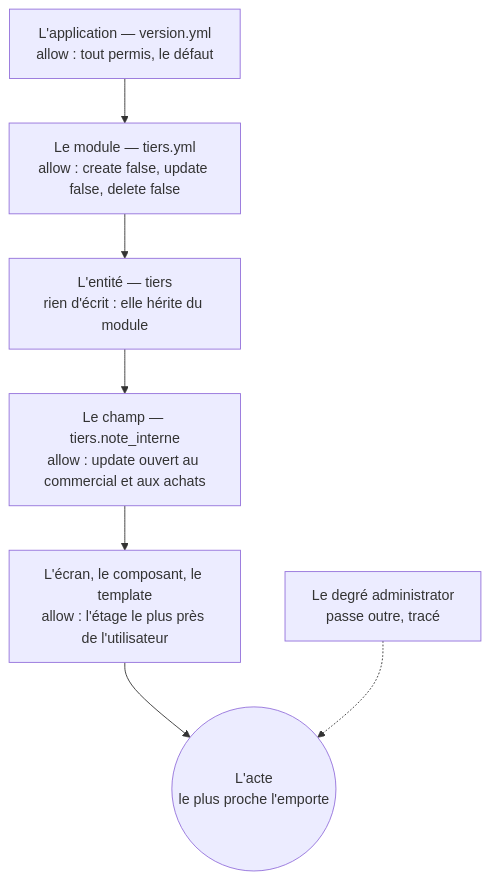
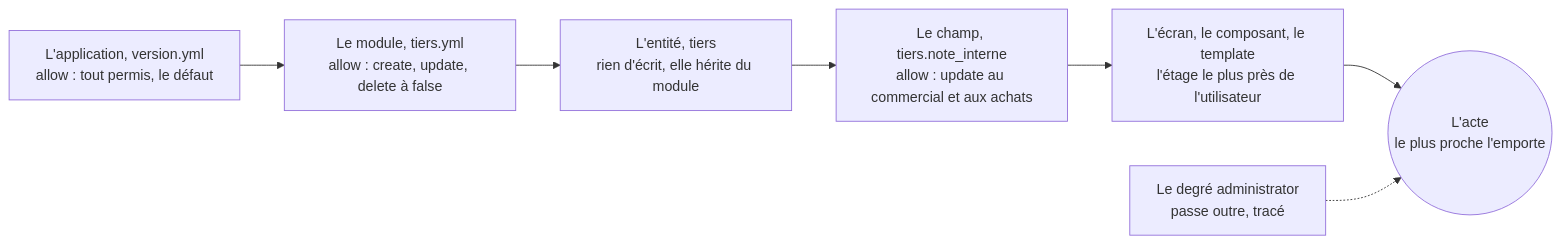
Before and after one commit to AymericLesert/Syncytium: the diagram in docs/syncytium/07-securite/06-droits.md, drawn with Mermaid. The commit also changed 2 other files, not shown here.

Commit message:
D1841 — la cascade d'allow en largeur ; 02-groupes.md porte le schéma de l'entrée par les groupes

````diff
--- a/docs/syncytium/07-securite/06-droits.md
+++ b/docs/syncytium/07-securite/06-droits.md
@@ -131,11 +131,12 @@
 ```mermaid
-flowchart TD
-    A["L'application — version.yml<br/>allow : tout permis, le défaut"]
-    M["Le module — tiers.yml<br/>allow : create false, update false, delete false"]
-    E["L'entité — tiers<br/>rien d'écrit : elle hérite du module"]
-    C["Le champ — tiers.note_interne<br/>allow : update ouvert au commercial et aux achats"]
-    S["L'écran, le composant, le template<br/>allow : l'étage le plus près de l'utilisateur"]
+flowchart LR
+    A["L'application, version.yml<br/>allow : tout permis, le défaut"]
+    M["Le module, tiers.yml<br/>allow : create, update, delete à false"]
+    E["L'entité, tiers<br/>rien d'écrit, elle hérite du module"]
+    C["Le champ, tiers.note_interne<br/>allow : update au commercial et aux achats"]
+    S["L'écran, le composant, le template<br/>l'étage le plus près de l'utilisateur"]
     U(("L'acte<br/>le plus proche l'emporte"))
+    X["Le degré administrator<br/>passe outre, tracé"]
     A --> M --> E --> C --> S --> U
-    X["Le degré administrator<br/>passe outre, tracé"] -.-> U
+    X -.-> U
 ```
````
